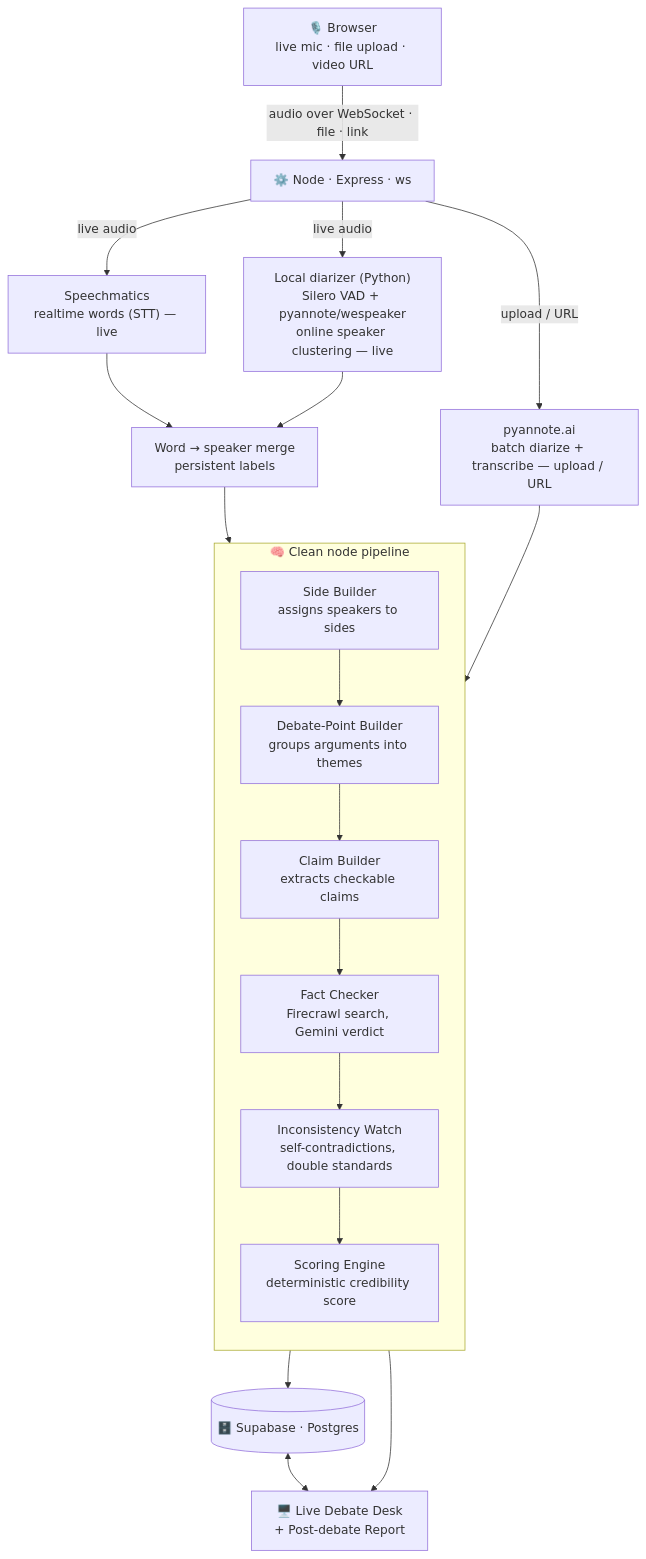
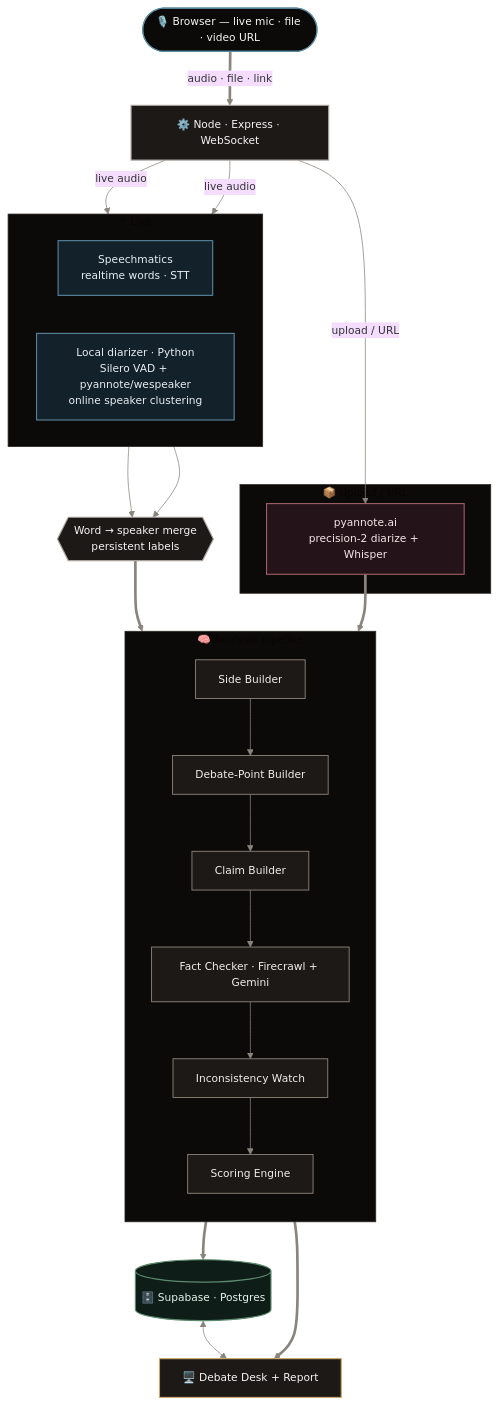
One commit to majortom-39/debatly changed the diagram in README.md. Above: the diagram before and after it, drawn with Mermaid. The commit also changed 1 other file, not shown here.

Commit message:
README: redesigned architecture diagram + remove unused demo.mp4
- Restyle the Mermaid "How it works" diagram: dark theme, grouped subgraphs
  (Live / Upload-URL / Analysis pipeline), accent-colored node categories via
  classDef, cleaner edges.
- Remove docs/demo.mp4 (44MB, no longer referenced — demo is now a GitHub
  user-attachments embed).

````diff
--- a/README.md
+++ b/README.md
@@ -55,35 +55,55 @@
 ```mermaid
+%%{init: {"theme":"base","themeVariables":{"fontFamily":"ui-sans-serif, -apple-system, Segoe UI, Roboto, Helvetica, Arial, sans-serif","fontSize":"14px","lineColor":"#8a847c","clusterBkg":"#0c0a09","clusterBorder":"#2b2724"}}}%%
 flowchart TD
-    U["🎙️ Browser<br/>live mic · file upload · video URL"]
-    API["⚙️ Node · Express · ws"]
-    SM["Speechmatics<br/>realtime words (STT) — live"]
-    LD["Local diarizer (Python)<br/>Silero VAD + pyannote/wespeaker<br/>online speaker clustering — live"]
-    MERGE["Word → speaker merge<br/>persistent labels"]
-    PY["pyannote.ai<br/>batch diarize + transcribe — upload / URL"]
-    DB[("🗄️ Supabase · Postgres")]
-    UI["🖥️ Live Debate Desk<br/>+ Post-debate Report"]
+    U(["🎙️ Browser — live mic · file · video URL"])
+    API["⚙️ Node · Express · WebSocket"]
+    U == "audio · file · link" ==> API
 
-    U -->|"audio over WebSocket · file · link"| API
-    API -->|live audio| SM
-    API -->|live audio| LD
+    subgraph LIVE["⚡ Live"]
+      direction LR
+      SM["Speechmatics<br/>realtime words · STT"]
+      LD["Local diarizer · Python<br/>Silero VAD + pyannote/wespeaker<br/>online speaker clustering"]
+    end
+
+    MERGE{{"Word → speaker merge<br/>persistent labels"}}
+
+    subgraph BATCH["📦 Upload / URL"]
+      PY["pyannote.ai<br/>precision-2 diarize + Whisper"]
+    end
+
+    API -- "live audio" --> SM
+    API -- "live audio" --> LD
+    API -- "upload / URL" --> PY
     SM --> MERGE
     LD --> MERGE
-    MERGE --> P
-    API -->|"upload / URL"| PY
-    PY --> P
 
-    subgraph P["🧠 Clean node pipeline"]
-        direction TB
-        SB["Side Builder<br/>assigns speakers to sides"]
-        DP["Debate-Point Builder<br/>groups arguments into themes"]
-        CB["Claim Builder<br/>extracts checkable claims"]
-        FC["Fact Checker<br/>Firecrawl search, Gemini verdict"]
-        IW["Inconsistency Watch<br/>self-contradictions, double standards"]
-        SE["Scoring Engine<br/>deterministic credibility score"]
-        SB --> DP --> CB --> FC --> IW --> SE
+    subgraph PIPE["🧠 Analysis pipeline"]
+      direction TB
+      SB["Side Builder"] --> DP["Debate-Point Builder"] --> CB["Claim Builder"] --> FC["Fact Checker · Firecrawl + Gemini"] --> IW["Inconsistency Watch"] --> SE["Scoring Engine"]
     end
 
-    P --> DB
-    P --> UI
+    MERGE ==> SB
+    PY ==> SB
+
+    DB[("🗄️ Supabase · Postgres")]
+    UI["🖥️ Debate Desk + Report"]
+    SE ==> DB
+    SE ==> UI
     DB <--> UI
+
+    classDef input fill:#0c0a09,stroke:#5b8aa0,stroke-width:1.5px,color:#f5f5f4
+    classDef core fill:#1c1917,stroke:#a8a29e,stroke-width:1.5px,color:#f5f5f4
+    classDef live fill:#13212b,stroke:#5b8aa0,stroke-width:1.4px,color:#e8eef2
+    classDef batch fill:#241318,stroke:#a4626a,stroke-width:1.4px,color:#f3e8ea
+    classDef pipe fill:#1c1917,stroke:#8a8378,stroke-width:1.2px,color:#f1efe9
+    classDef store fill:#0e1d17,stroke:#5b8a6f,stroke-width:1.5px,color:#e7f2ec
+    classDef ui fill:#1c1917,stroke:#c9a96a,stroke-width:1.5px,color:#f5f5f4
+
+    class U input
+    class API,MERGE core
+    class SM,LD live
+    class PY batch
+    class SB,DP,CB,FC,IW,SE pipe
+    class DB store
+    class UI ui
 ```
````
